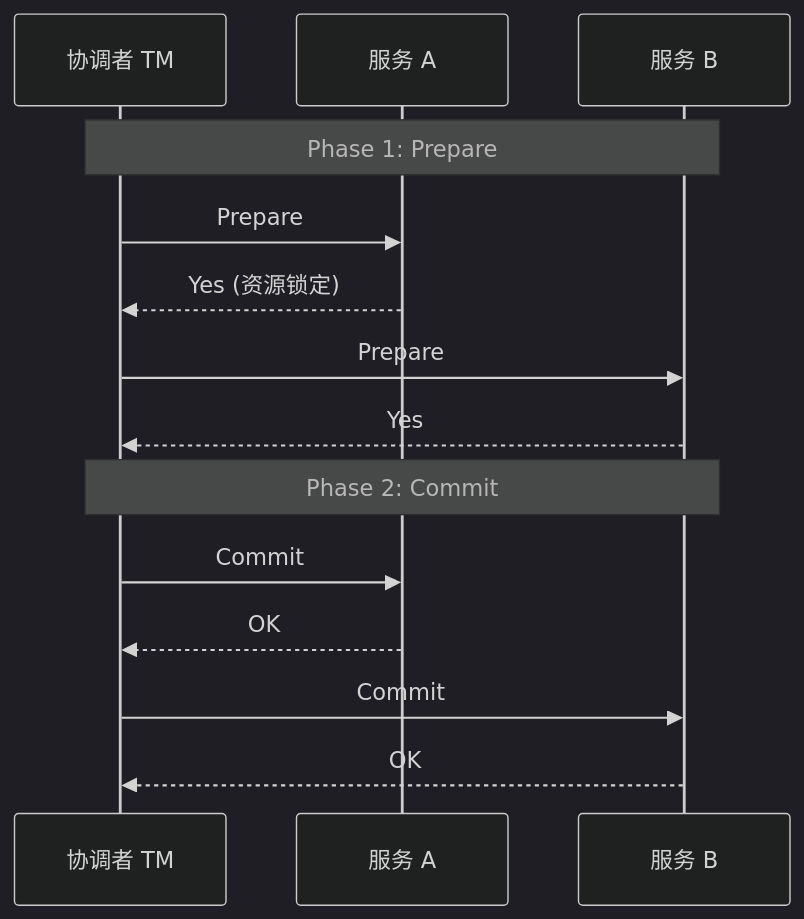
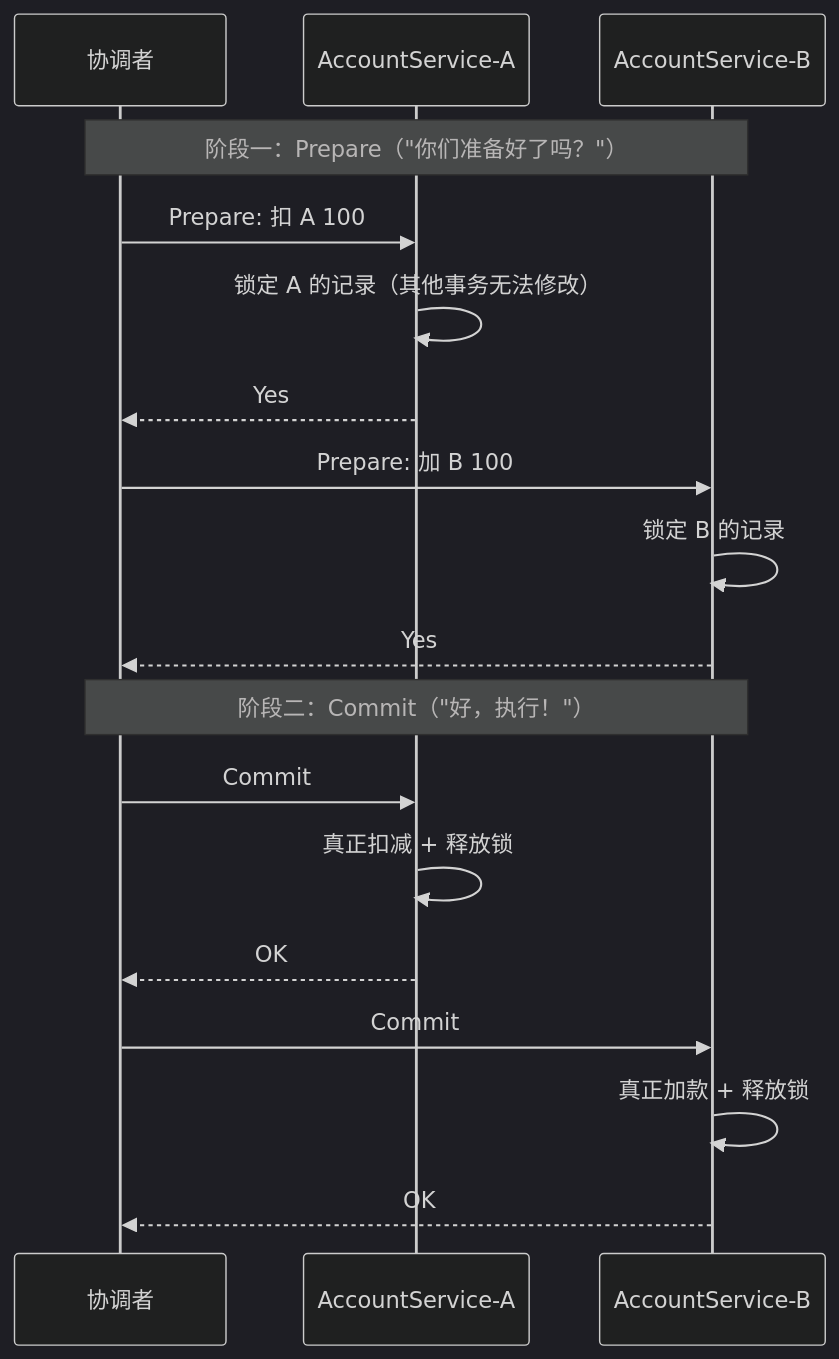
Before and after one commit to guozy502/my-tech-blog: the second of 6 diagrams in content/posts/分布式/分布式事务方案全景——2PC→TCC→Saga→本地消息表.md, drawn with Mermaid (dark theme). The commit also changed other lines of this file and 52 other files, not shown here.

````diff
--- a/content/posts/分布式/分布式事务方案全景——2PC→TCC→Saga→本地消息表.md
+++ b/content/posts/分布式/分布式事务方案全景——2PC→TCC→Saga→本地消息表.md
@@ -34,18 +65,22 @@
 ```mermaid
 sequenceDiagram
-    participant TC as 协调者 TM
-    participant A as 服务 A
-    participant B as 服务 B
+    participant TM as 协调者
+    participant A as AccountService-A
+    participant B as AccountService-B
     
-    Note over TC,B: Phase 1: Prepare
-    TC->>A: Prepare
-    A-->>TC: Yes (资源锁定)
-    TC->>B: Prepare
-    B-->>TC: Yes
+    Note over TM,B: 阶段一：Prepare（"你们准备好了吗？"）
+    TM->>A: Prepare: 扣 A 100
+    A->>A: 锁定 A 的记录（其他事务无法修改）
+    A-->>TM: Yes
+    TM->>B: Prepare: 加 B 100
+    B->>B: 锁定 B 的记录
+    B-->>TM: Yes
     
-    Note over TC,B: Phase 2: Commit
-    TC->>A: Commit
-    A-->>TC: OK
-    TC->>B: Commit
-    B-->>TC: OK
+    Note over TM,B: 阶段二：Commit（"好，执行！"）
+    TM->>A: Commit
+    A->>A: 真正扣减 + 释放锁
+    A-->>TM: OK
+    TM->>B: Commit
+    B->>B: 真正加款 + 释放锁
+    B-->>TM: OK
 ```
````
